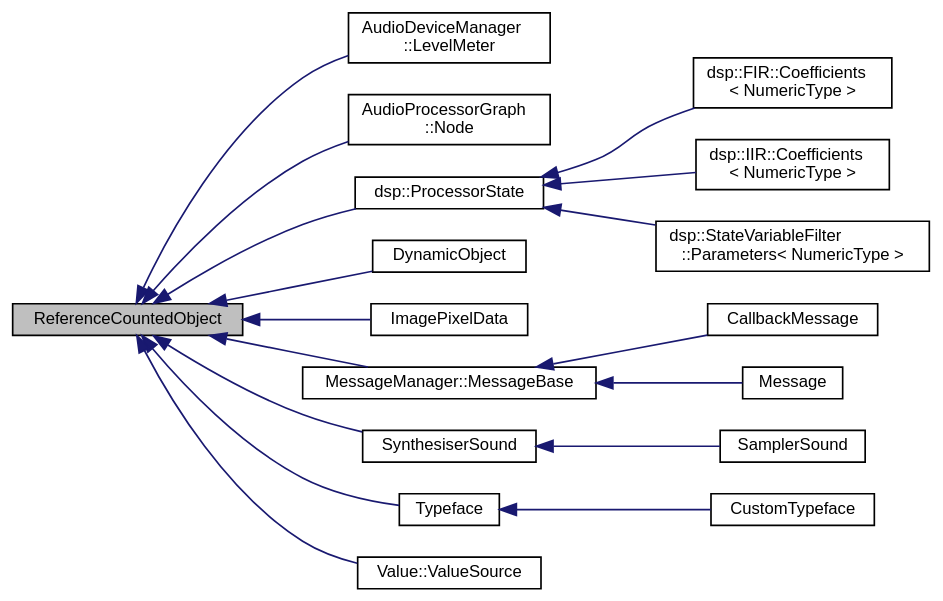
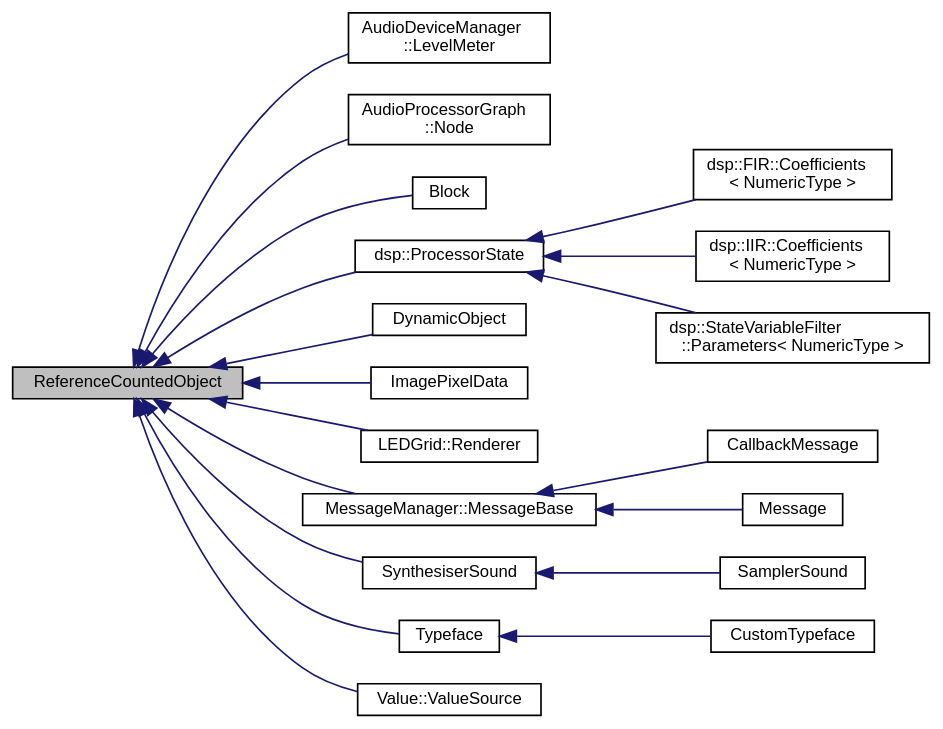
One commit to klangfreund/jucedoc changed the diagram in doc/classReferenceCountedObject__inherit__graph.dot. Above: the diagram before and after it, drawn with Graphviz. The commit also changed 2766 other files, not shown here.

```diff
--- a/doc/classReferenceCountedObject__inherit__graph.dot
+++ b/doc/classReferenceCountedObject__inherit__graph.dot
@@ -1,40 +1,44 @@
 digraph "ReferenceCountedObject"
 {
   bgcolor="transparent";
   edge [fontname="Helvetica",fontsize="10",labelfontname="Helvetica",labelfontsize="10"];
   node [fontname="Helvetica",fontsize="10",shape=record];
   rankdir="LR";
   Node0 [label="ReferenceCountedObject",height=0.2,width=0.4,color="black", fillcolor="grey75", style="filled", fontcolor="black"];
   Node0 -> Node1 [dir="back",color="midnightblue",fontsize="10",style="solid",fontname="Helvetica"];
   Node1 [label="AudioDeviceManager\l::LevelMeter",height=0.2,width=0.4,color="black",URL="$structAudioDeviceManager_1_1LevelMeter.html",tooltip="A simple reference-counted struct that holds a level-meter value that can be read using getCurrentLev..."];
   Node0 -> Node2 [dir="back",color="midnightblue",fontsize="10",style="solid",fontname="Helvetica"];
   Node2 [label="AudioProcessorGraph\l::Node",height=0.2,width=0.4,color="black",URL="$classAudioProcessorGraph_1_1Node.html",tooltip="Represents one of the nodes, or processors, in an AudioProcessorGraph. "];
   Node0 -> Node3 [dir="back",color="midnightblue",fontsize="10",style="solid",fontname="Helvetica"];
-  Node3 [label="dsp::ProcessorState",height=0.2,width=0.4,color="black",URL="$structdsp_1_1ProcessorState.html",tooltip="This is a handy base class for the state of a processor (such as parameter values) which is typically..."];
-  Node3 -> Node4 [dir="back",color="midnightblue",fontsize="10",style="solid",fontname="Helvetica"];
-  Node4 [label="dsp::FIR::Coefficients\l\< NumericType \>",height=0.2,width=0.4,color="black",URL="$structdsp_1_1FIR_1_1Coefficients.html",tooltip="A set of coefficients for use in an FIRFilter object. "];
-  Node3 -> Node5 [dir="back",color="midnightblue",fontsize="10",style="solid",fontname="Helvetica"];
-  Node5 [label="dsp::IIR::Coefficients\l\< NumericType \>",height=0.2,width=0.4,color="black",URL="$structdsp_1_1IIR_1_1Coefficients.html",tooltip="A set of coefficients for use in an Filter object. "];
-  Node3 -> Node6 [dir="back",color="midnightblue",fontsize="10",style="solid",fontname="Helvetica"];
-  Node6 [label="dsp::StateVariableFilter\l::Parameters\< NumericType \>",height=0.2,width=0.4,color="black",URL="$structdsp_1_1StateVariableFilter_1_1Parameters.html",tooltip="Structure used for the state variable filter parameters. "];
-  Node0 -> Node7 [dir="back",color="midnightblue",fontsize="10",style="solid",fontname="Helvetica"];
-  Node7 [label="DynamicObject",height=0.2,width=0.4,color="black",URL="$classDynamicObject.html",tooltip="Represents a dynamically implemented object. "];
+  Node3 [label="Block",height=0.2,width=0.4,color="black",URL="$classBlock.html",tooltip="Represents an individual BLOCKS device. "];
+  Node0 -> Node4 [dir="back",color="midnightblue",fontsize="10",style="solid",fontname="Helvetica"];
+  Node4 [label="dsp::ProcessorState",height=0.2,width=0.4,color="black",URL="$structdsp_1_1ProcessorState.html",tooltip="This is a handy base class for the state of a processor (such as parameter values) which is typically..."];
+  Node4 -> Node5 [dir="back",color="midnightblue",fontsize="10",style="solid",fontname="Helvetica"];
+  Node5 [label="dsp::FIR::Coefficients\l\< NumericType \>",height=0.2,width=0.4,color="black",URL="$structdsp_1_1FIR_1_1Coefficients.html",tooltip="A set of coefficients for use in an FIRFilter object. "];
+  Node4 -> Node6 [dir="back",color="midnightblue",fontsize="10",style="solid",fontname="Helvetica"];
+  Node6 [label="dsp::IIR::Coefficients\l\< NumericType \>",height=0.2,width=0.4,color="black",URL="$structdsp_1_1IIR_1_1Coefficients.html",tooltip="A set of coefficients for use in an Filter object. "];
+  Node4 -> Node7 [dir="back",color="midnightblue",fontsize="10",style="solid",fontname="Helvetica"];
+  Node7 [label="dsp::StateVariableFilter\l::Parameters\< NumericType \>",height=0.2,width=0.4,color="black",URL="$structdsp_1_1StateVariableFilter_1_1Parameters.html",tooltip="Structure used for the state variable filter parameters. "];
   Node0 -> Node8 [dir="back",color="midnightblue",fontsize="10",style="solid",fontname="Helvetica"];
-  Node8 [label="ImagePixelData",height=0.2,width=0.4,color="black",URL="$classImagePixelData.html",tooltip="This is a base class for holding image data in implementation-specific ways. "];
+  Node8 [label="DynamicObject",height=0.2,width=0.4,color="black",URL="$classDynamicObject.html",tooltip="Represents a dynamically implemented object. "];
   Node0 -> Node9 [dir="back",color="midnightblue",fontsize="10",style="solid",fontname="Helvetica"];
-  Node9 [label="MessageManager::MessageBase",height=0.2,width=0.4,color="black",URL="$classMessageManager_1_1MessageBase.html",tooltip="Internal class used as the base class for all message objects. "];
-  Node9 -> Node10 [dir="back",color="midnightblue",fontsize="10",style="solid",fontname="Helvetica"];
-  Node10 [label="CallbackMessage",height=0.2,width=0.4,color="black",URL="$classCallbackMessage.html",tooltip="A message that invokes a callback method when it gets delivered. "];
-  Node9 -> Node11 [dir="back",color="midnightblue",fontsize="10",style="solid",fontname="Helvetica"];
-  Node11 [label="Message",height=0.2,width=0.4,color="black",URL="$classMessage.html",tooltip="The base class for objects that can be sent to a MessageListener. "];
-  Node0 -> Node12 [dir="back",color="midnightblue",fontsize="10",style="solid",fontname="Helvetica"];
-  Node12 [label="SynthesiserSound",height=0.2,width=0.4,color="black",URL="$classSynthesiserSound.html",tooltip="Describes one of the sounds that a Synthesiser can play. "];
-  Node12 -> Node13 [dir="back",color="midnightblue",fontsize="10",style="solid",fontname="Helvetica"];
-  Node13 [label="SamplerSound",height=0.2,width=0.4,color="black",URL="$classSamplerSound.html",tooltip="A subclass of SynthesiserSound that represents a sampled audio clip. "];
+  Node9 [label="ImagePixelData",height=0.2,width=0.4,color="black",URL="$classImagePixelData.html",tooltip="This is a base class for holding image data in implementation-specific ways. "];
+  Node0 -> Node10 [dir="back",color="midnightblue",fontsize="10",style="solid",fontname="Helvetica"];
+  Node10 [label="LEDGrid::Renderer",height=0.2,width=0.4,color="black",URL="$structLEDGrid_1_1Renderer.html",tooltip="An interface to use for LEDGrid rendering. "];
+  Node0 -> Node11 [dir="back",color="midnightblue",fontsize="10",style="solid",fontname="Helvetica"];
+  Node11 [label="MessageManager::MessageBase",height=0.2,width=0.4,color="black",URL="$classMessageManager_1_1MessageBase.html",tooltip="Internal class used as the base class for all message objects. "];
+  Node11 -> Node12 [dir="back",color="midnightblue",fontsize="10",style="solid",fontname="Helvetica"];
+  Node12 [label="CallbackMessage",height=0.2,width=0.4,color="black",URL="$classCallbackMessage.html",tooltip="A message that invokes a callback method when it gets delivered. "];
+  Node11 -> Node13 [dir="back",color="midnightblue",fontsize="10",style="solid",fontname="Helvetica"];
+  Node13 [label="Message",height=0.2,width=0.4,color="black",URL="$classMessage.html",tooltip="The base class for objects that can be sent to a MessageListener. "];
   Node0 -> Node14 [dir="back",color="midnightblue",fontsize="10",style="solid",fontname="Helvetica"];
-  Node14 [label="Typeface",height=0.2,width=0.4,color="black",URL="$classTypeface.html",tooltip="A typeface represents a size-independent font. "];
+  Node14 [label="SynthesiserSound",height=0.2,width=0.4,color="black",URL="$classSynthesiserSound.html",tooltip="Describes one of the sounds that a Synthesiser can play. "];
   Node14 -> Node15 [dir="back",color="midnightblue",fontsize="10",style="solid",fontname="Helvetica"];
-  Node15 [label="CustomTypeface",height=0.2,width=0.4,color="black",URL="$classCustomTypeface.html",tooltip="A typeface that can be populated with custom glyphs. "];
+  Node15 [label="SamplerSound",height=0.2,width=0.4,color="black",URL="$classSamplerSound.html",tooltip="A subclass of SynthesiserSound that represents a sampled audio clip. "];
   Node0 -> Node16 [dir="back",color="midnightblue",fontsize="10",style="solid",fontname="Helvetica"];
-  Node16 [label="Value::ValueSource",height=0.2,width=0.4,color="black",URL="$classValue_1_1ValueSource.html",tooltip="Used internally by the Value class as the base class for its shared value objects. "];
+  Node16 [label="Typeface",height=0.2,width=0.4,color="black",URL="$classTypeface.html",tooltip="A typeface represents a size-independent font. "];
+  Node16 -> Node17 [dir="back",color="midnightblue",fontsize="10",style="solid",fontname="Helvetica"];
+  Node17 [label="CustomTypeface",height=0.2,width=0.4,color="black",URL="$classCustomTypeface.html",tooltip="A typeface that can be populated with custom glyphs. "];
+  Node0 -> Node18 [dir="back",color="midnightblue",fontsize="10",style="solid",fontname="Helvetica"];
+  Node18 [label="Value::ValueSource",height=0.2,width=0.4,color="black",URL="$classValue_1_1ValueSource.html",tooltip="Used internally by the Value class as the base class for its shared value objects. "];
 }
```
